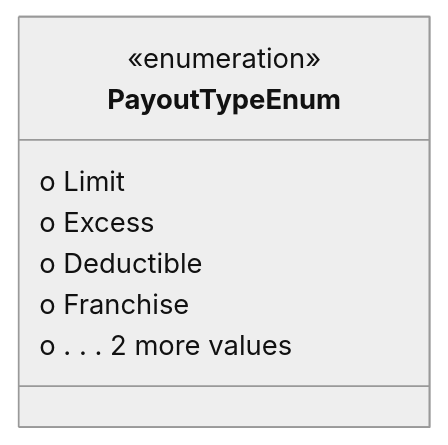
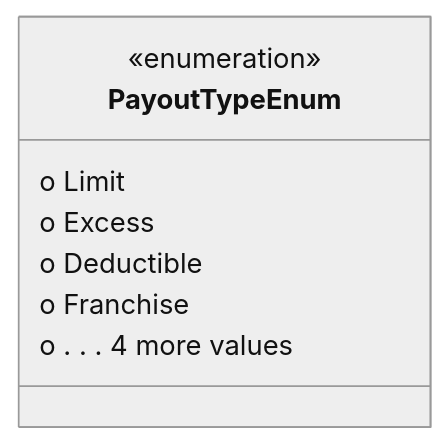
Before and after one commit to codexstanford/Insurance-Payout-Ontology: the diagram in datamodel-build/mermaid/PayoutTypeEnum.mmd, drawn with Mermaid (neutral theme). The commit also changed 59 other files, not shown here.

```diff
--- a/datamodel-build/mermaid/PayoutTypeEnum.mmd
+++ b/datamodel-build/mermaid/PayoutTypeEnum.mmd
@@ -1,9 +1,9 @@
 classDiagram
 class PayoutTypeEnum {
 <<enumeration>>
   o Limit
   o Excess
   o Deductible
   o Franchise
-  o . . . 2 more values
+  o . . . 4 more values
 }
```
